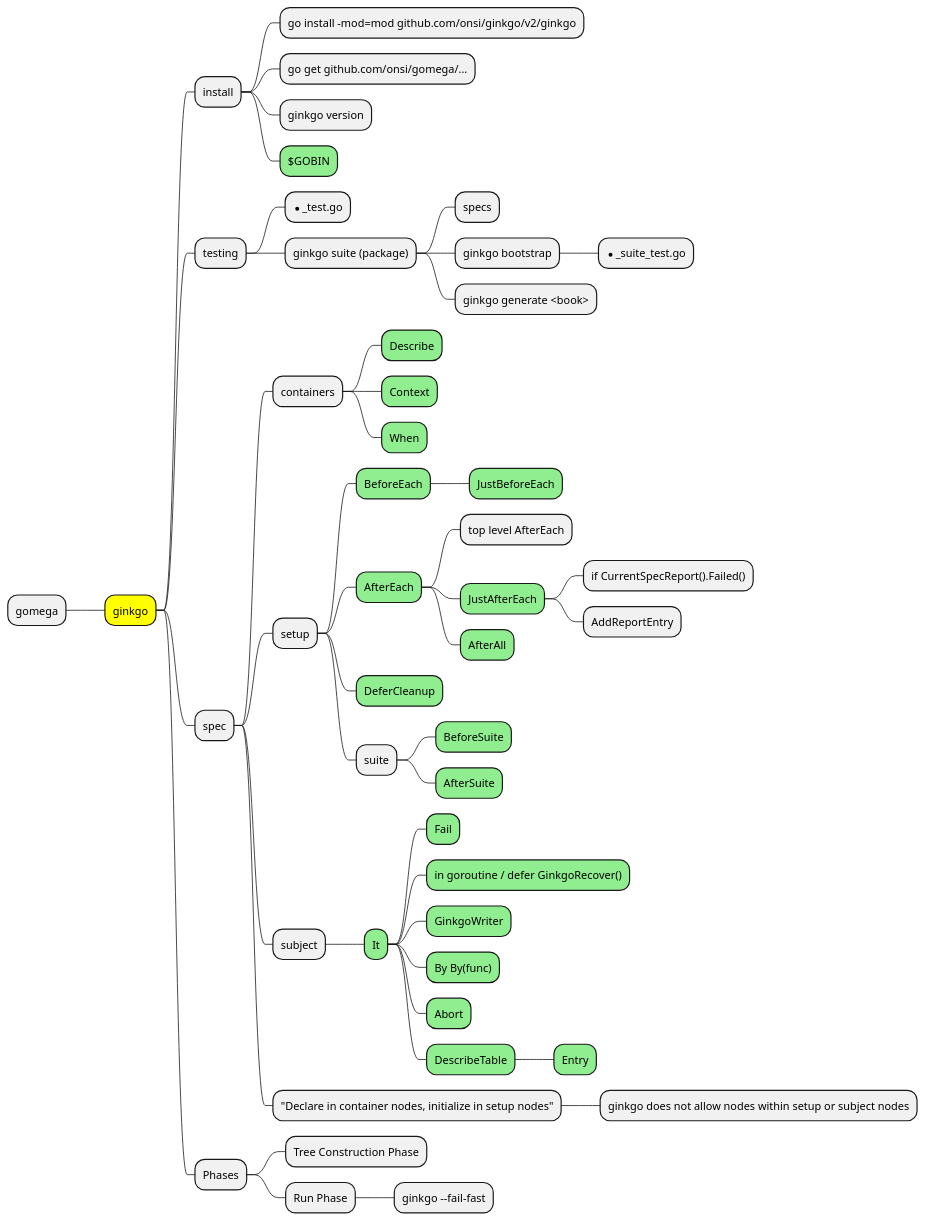
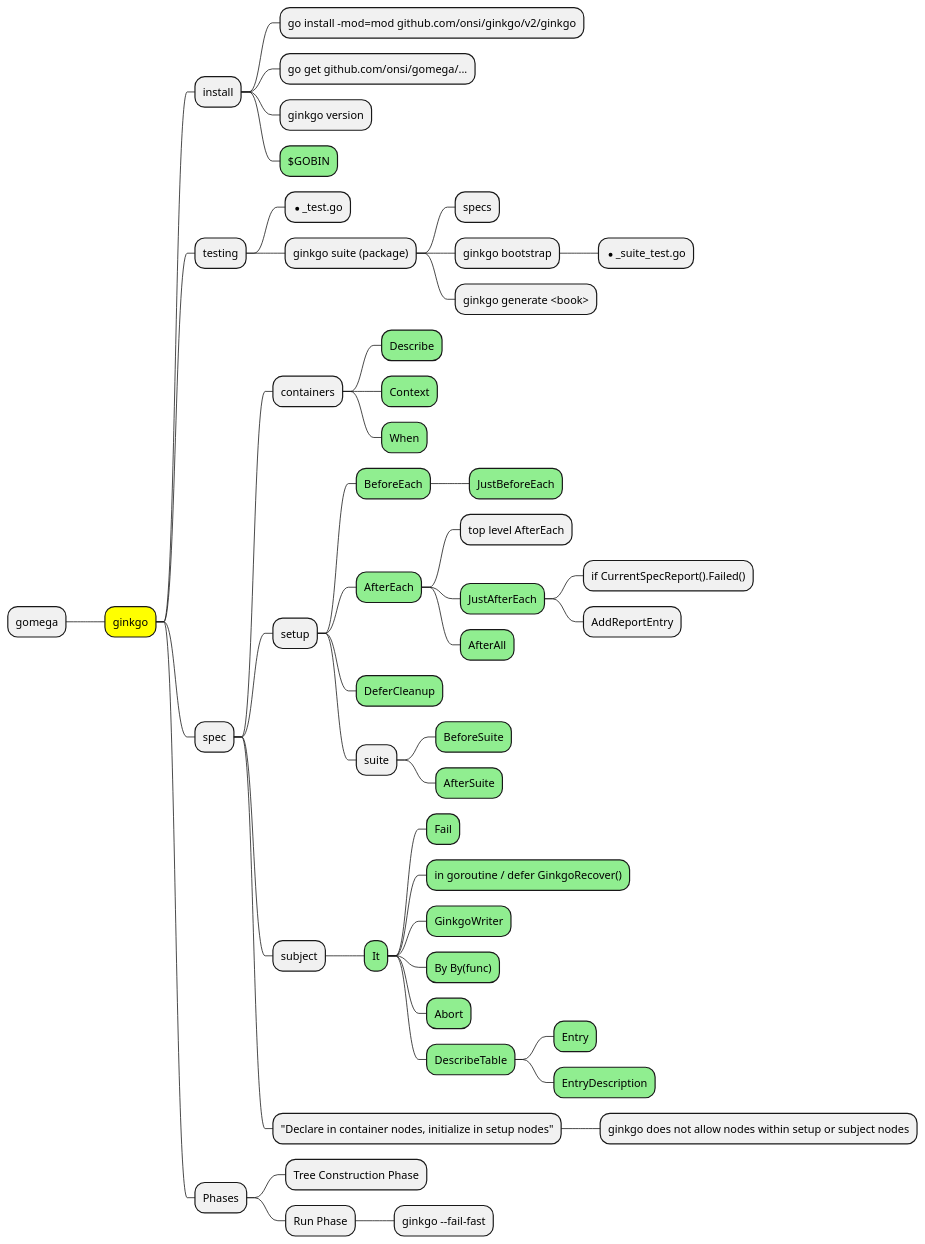
One commit to waffleboot/ginkgo-learn changed the diagram in doc.plantuml. Above: the diagram before and after it, drawn with PlantUML. The commit also changed 1 other file, not shown here.

```diff
--- a/doc.plantuml
+++ b/doc.plantuml
@@ -1,49 +1,50 @@
 @startmindmap
 +[#Yellow] ginkgo
 -- gomega
 ++ install
 +++ go install -mod=mod github.com/onsi/ginkgo/v2/ginkgo
 +++ go get github.com/onsi/gomega/...
 +++ ginkgo version
 +++[#LightGreen] $GOBIN
 ++ testing
 +++ *_test.go
 +++ ginkgo suite (package)
 ++++ specs
 ++++ ginkgo bootstrap
 +++++ *_suite_test.go
 ++++ ginkgo generate <book>
 ++ spec
 +++ containers
 ++++[#LightGreen] Describe
 ++++[#LightGreen] Context
 ++++[#LightGreen] When
 +++ setup
 ++++[#LightGreen] BeforeEach
 +++++[#LightGreen] JustBeforeEach
 ++++[#LightGreen] AfterEach
 +++++ top level AfterEach
 +++++[#LightGreen] JustAfterEach
 ++++++ if CurrentSpecReport().Failed()
 ++++++ AddReportEntry
 +++++[#LightGreen] AfterAll
 ++++[#LightGreen] DeferCleanup
 ++++ suite
 +++++[#LightGreen] BeforeSuite
 +++++[#LightGreen] AfterSuite
 +++ subject
 ++++[#LightGreen] It
 +++++[#LightGreen] Fail
 +++++[#LightGreen] in goroutine / defer GinkgoRecover()
 +++++[#LightGreen] GinkgoWriter
 +++++[#LightGreen] By By(func)
 +++++[#LightGreen] Abort
 +++++[#LightGreen] DescribeTable
 ++++++[#LightGreen] Entry
+++++++[#LightGreen] EntryDescription
 +++ "Declare in container nodes, initialize in setup nodes"
 ++++ ginkgo does not allow nodes within setup or subject nodes
 ++ Phases
 +++ Tree Construction Phase
 +++ Run Phase
 ++++ ginkgo --fail-fast
 @endmindmap
```
